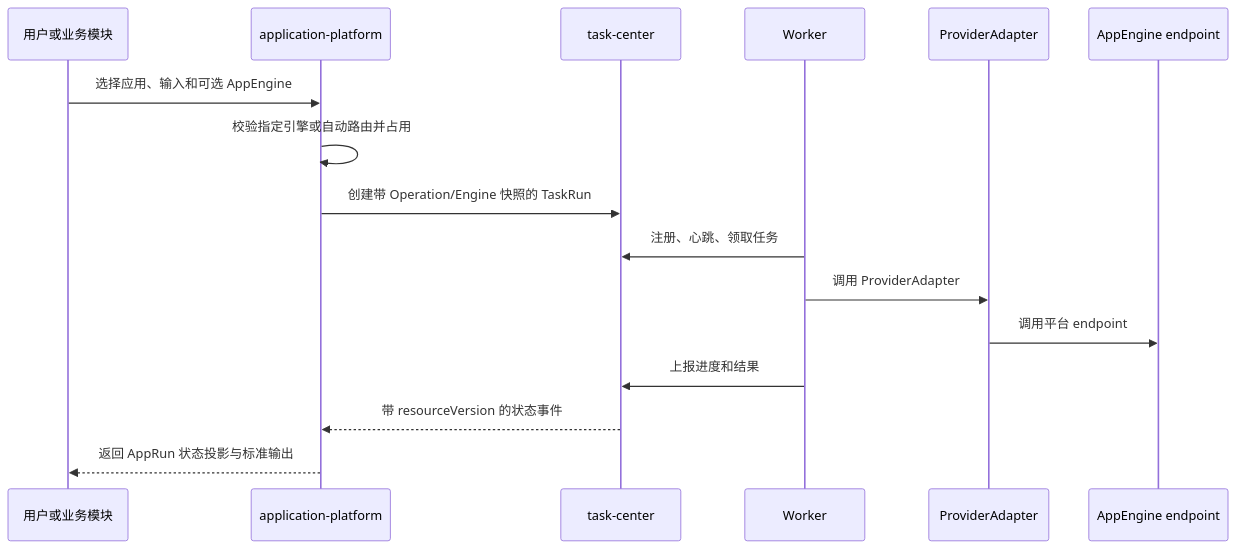
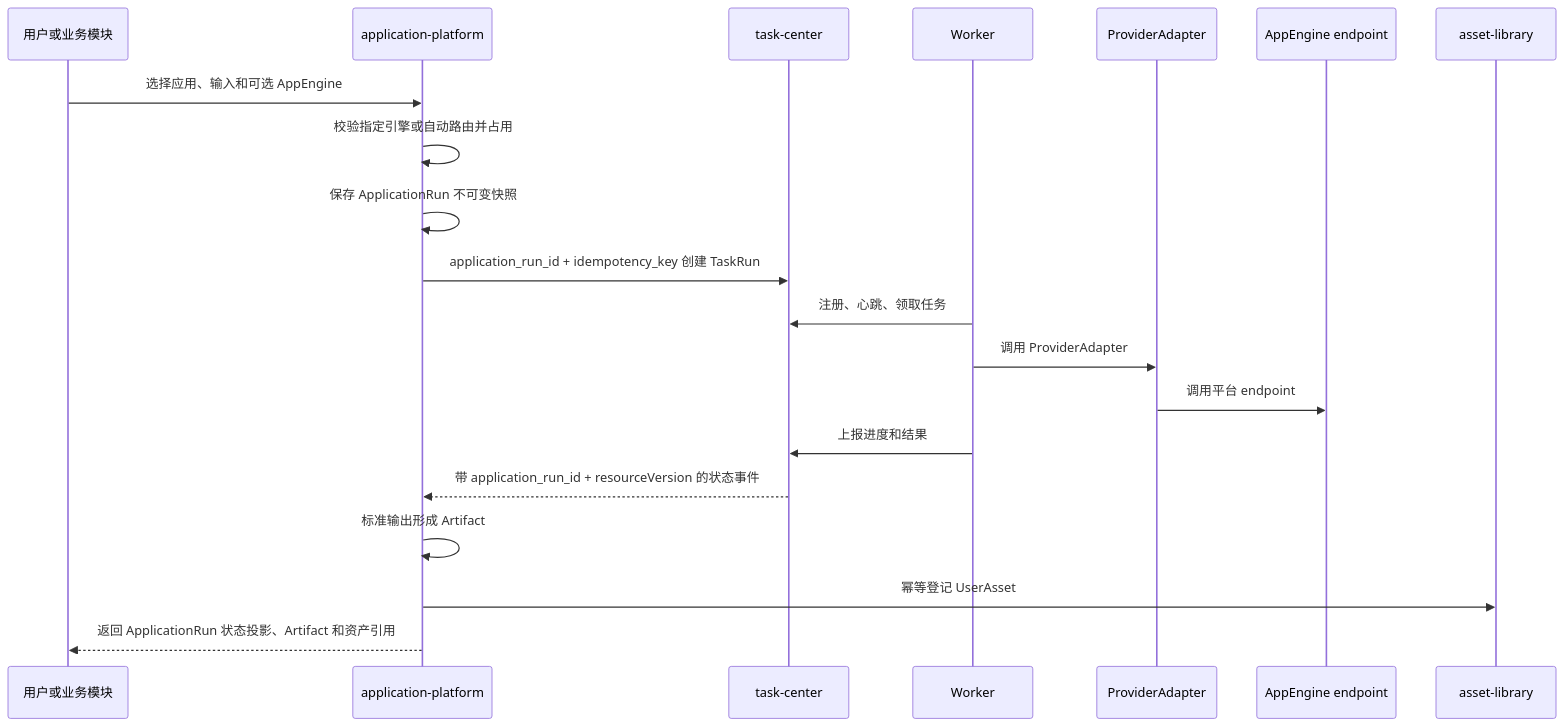
Before and after one commit to wangweihong/omnimam-spec: the third of 3 diagrams in 02_architecture/global-architecture.md, drawn with Mermaid. The commit also changed other lines of this file and 59 other files, not shown here.

````diff
--- a/02_architecture/global-architecture.md
+++ b/02_architecture/global-architecture.md
@@ -78,19 +78,23 @@
 ```mermaid
 sequenceDiagram
   participant User as 用户或业务模块
   participant App as application-platform
   participant Task as task-center
   participant Worker as Worker
   participant Adapter as ProviderAdapter
   participant Engine as AppEngine endpoint
+  participant Asset as asset-library
 
   User->>App: 选择应用、输入和可选 AppEngine
   App->>App: 校验指定引擎或自动路由并占用
-  App->>Task: 创建带 Operation/Engine 快照的 TaskRun
+  App->>App: 保存 ApplicationRun 不可变快照
+  App->>Task: application_run_id + idempotency_key 创建 TaskRun
   Worker->>Task: 注册、心跳、领取任务
   Worker->>Adapter: 调用 ProviderAdapter
   Adapter->>Engine: 调用平台 endpoint
   Worker->>Task: 上报进度和结果
-  Task-->>App: 带 resourceVersion 的状态事件
-  App-->>User: 返回 AppRun 状态投影与标准输出
+  Task-->>App: 带 application_run_id + resourceVersion 的状态事件
+  App->>App: 标准输出形成 Artifact
+  App->>Asset: 幂等登记 UserAsset
+  App-->>User: 返回 ApplicationRun 状态投影、Artifact 和资产引用
 ```
````
